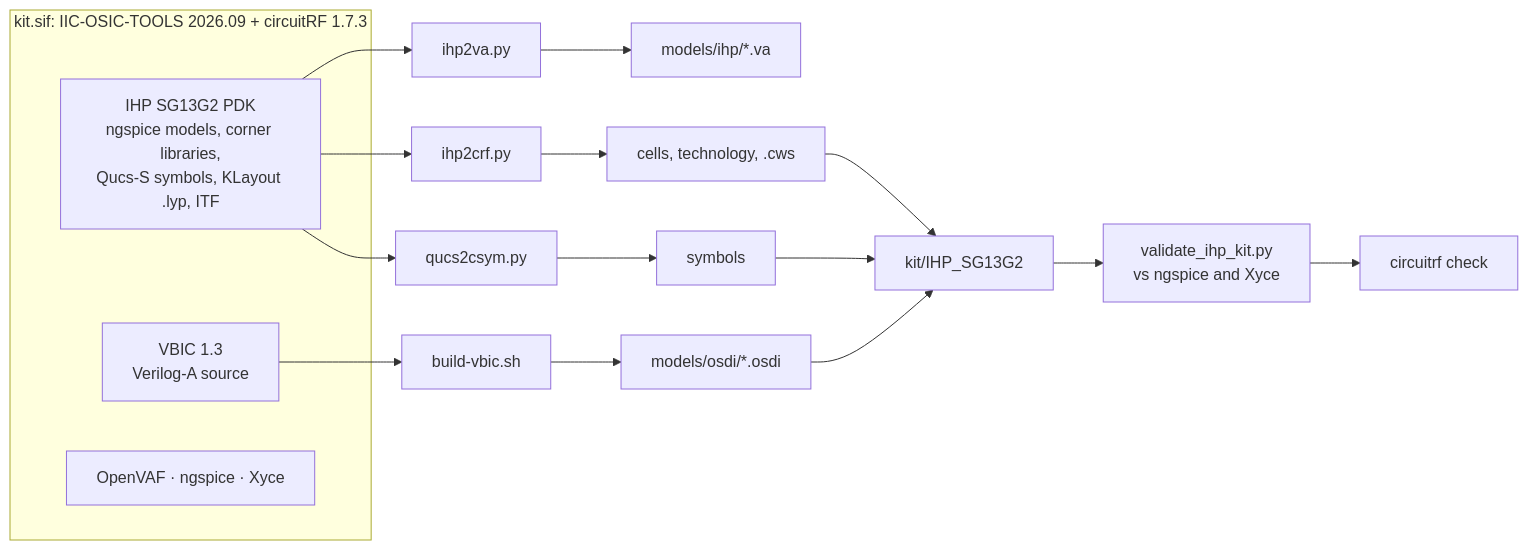
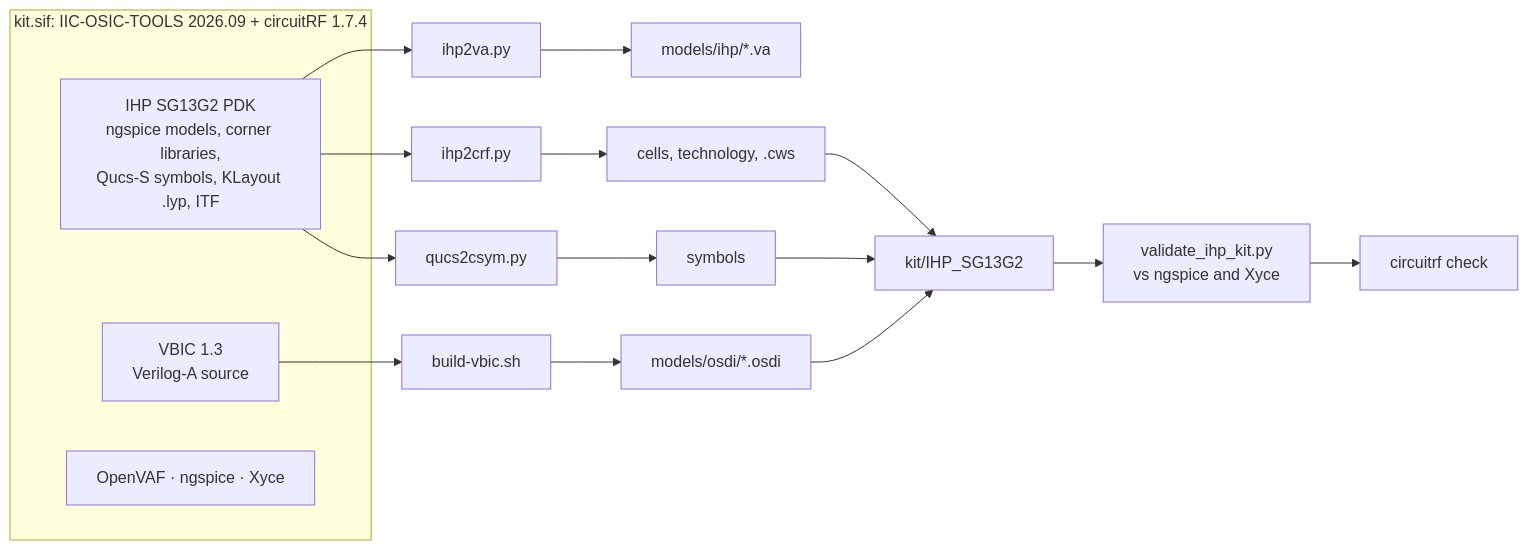
The diagram in README.md (aissus/circuitRF-IHP-SG13G2-PDK), drawn with Mermaid before and after one commit. The commit also changed other lines of this file and 8 other files, not shown here.

````diff
--- a/README.md
+++ b/README.md
@@ -211,14 +211,14 @@
 ```mermaid
 flowchart LR
-    subgraph image["kit.sif: IIC-OSIC-TOOLS 2026.09 + circuitRF 1.7.3"]
+    subgraph image["kit.sif: IIC-OSIC-TOOLS 2026.09 + circuitRF 1.7.4"]
         PDK["IHP SG13G2 PDK<br/>ngspice models, corner libraries,<br/>Qucs-S symbols, KLayout .lyp, ITF"]
         VA["VBIC 1.3<br/>Verilog-A source"]
         TOOLS["OpenVAF · ngspice · Xyce"]
     end
     PDK --> V["ihp2va.py"] --> PF["models/ihp/*.va"]
     PDK --> C["ihp2crf.py"] --> CELLS["cells, technology, .cws"]
     PDK --> Q["qucs2csym.py"] --> SYM["symbols"]
     VA --> B["build-vbic.sh"] --> OSDI["models/osdi/*.osdi"]
     CELLS & SYM & OSDI --> KIT["kit/IHP_SG13G2"]
     KIT --> VAL["validate_ihp_kit.py<br/>vs ngspice and Xyce"] --> CHK["circuitrf check"]
 ```
````
